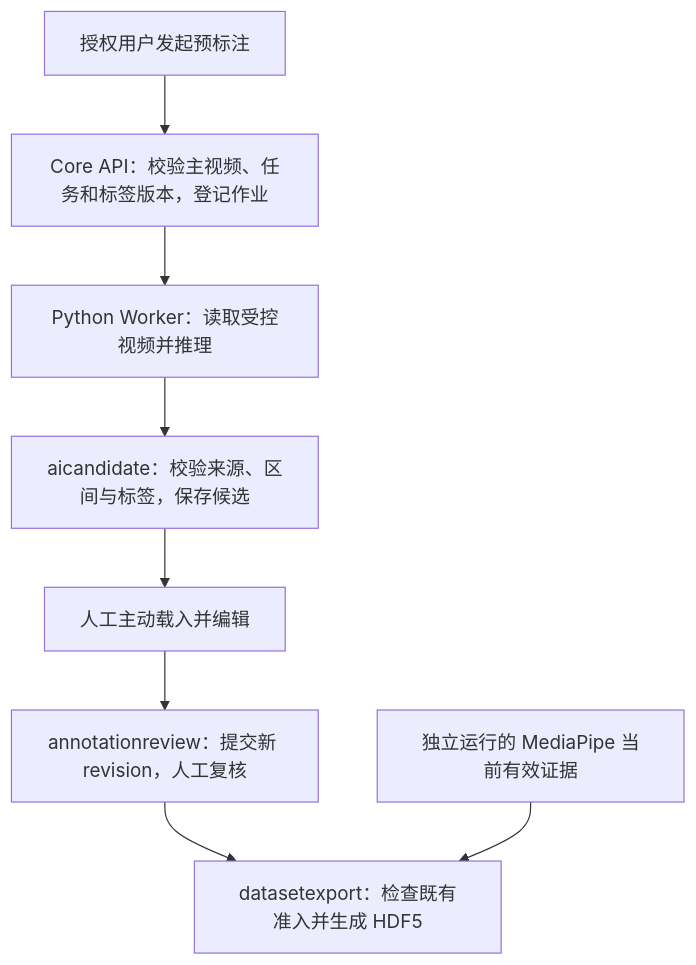
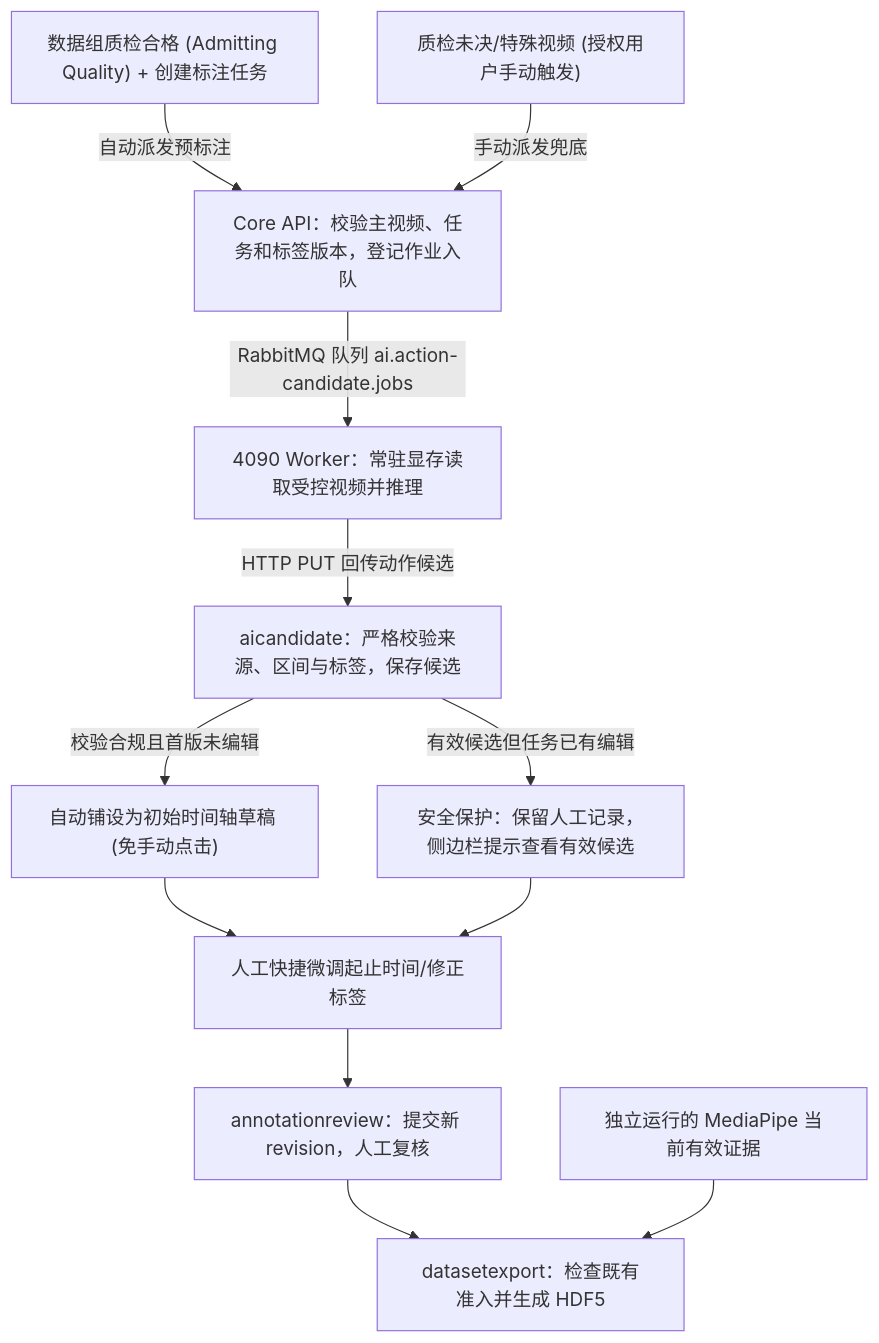
The diagram in docs/architecture/v1.34-action-annotation.md (Soberis/medication-video-platform), drawn with Mermaid before and after one commit. The commit also changed other lines of this file and 3 other files, not shown here.

````diff
--- a/docs/architecture/v1.34-action-annotation.md
+++ b/docs/architecture/v1.34-action-annotation.md
@@ -22,10 +22,14 @@
 ```mermaid
 flowchart TD
-    U["授权用户发起预标注"] --> C["Core API：校验主视频、任务和标签版本，登记作业"]
-    C --> W["Python Worker：读取受控视频并推理"]
-    W --> A["aicandidate：校验来源、区间与标签，保存候选"]
-    A --> E["人工主动载入并编辑"]
-    E --> R["annotationreview：提交新 revision，人工复核"]
+    Q["数据组质检合格 (Admitting Quality) + 创建标注任务"] -->|自动派发预标注| C["Core API：校验主视频、任务和标签版本，登记作业入队"]
+    U["质检未决/特殊视频 (授权用户手动触发)"] -->|手动派发兜底| C
+    C -->|RabbitMQ 队列 ai.action-candidate.jobs| W["4090 Worker：常驻显存读取受控视频并推理"]
+    W -->|HTTP PUT 回传动作候选| A["aicandidate：严格校验来源、区间与标签，保存候选"]
+    A -->|校验合规且首版未编辑| D["自动铺设为初始时间轴草稿 (免手动点击)"]
+    A -->|有效候选但任务已有编辑| E["安全保护：保留人工记录，侧边栏提示查看有效候选"]
+    D --> EDIT["人工快捷微调起止时间/修正标签"]
+    E --> EDIT
+    EDIT --> R["annotationreview：提交新 revision，人工复核"]
     R --> X["datasetexport：检查既有准入并生成 HDF5"]
     M["独立运行的 MediaPipe 当前有效证据"] --> X
 ```
````
